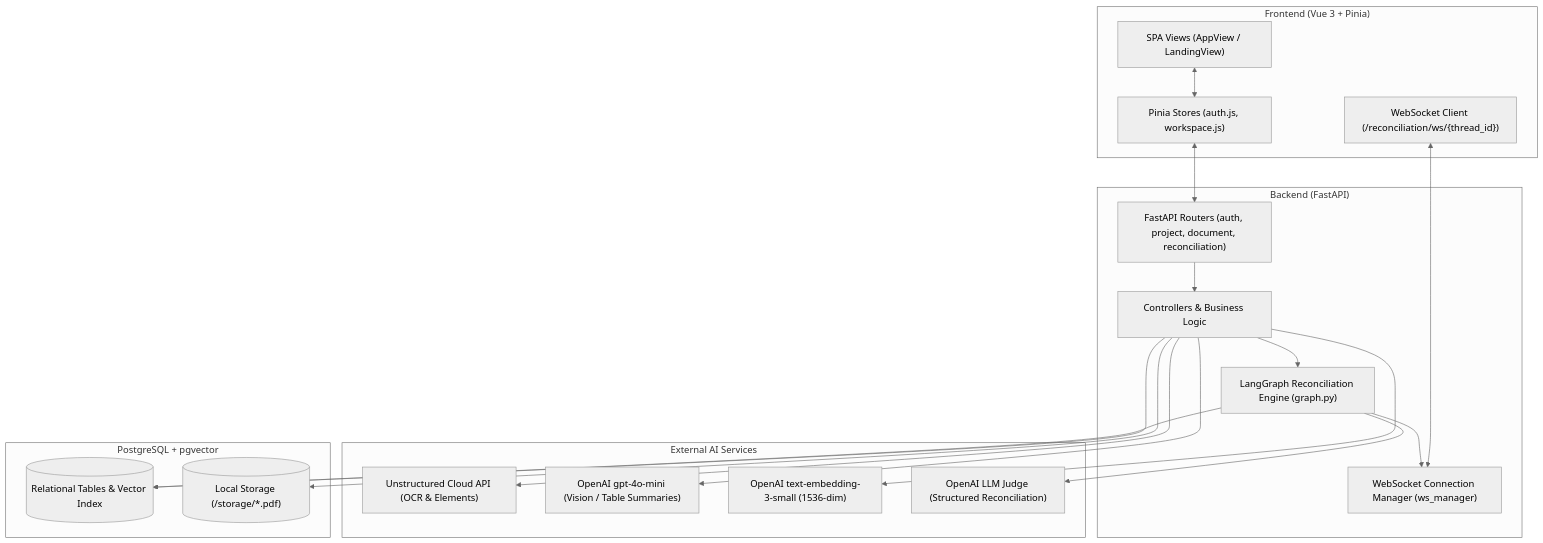
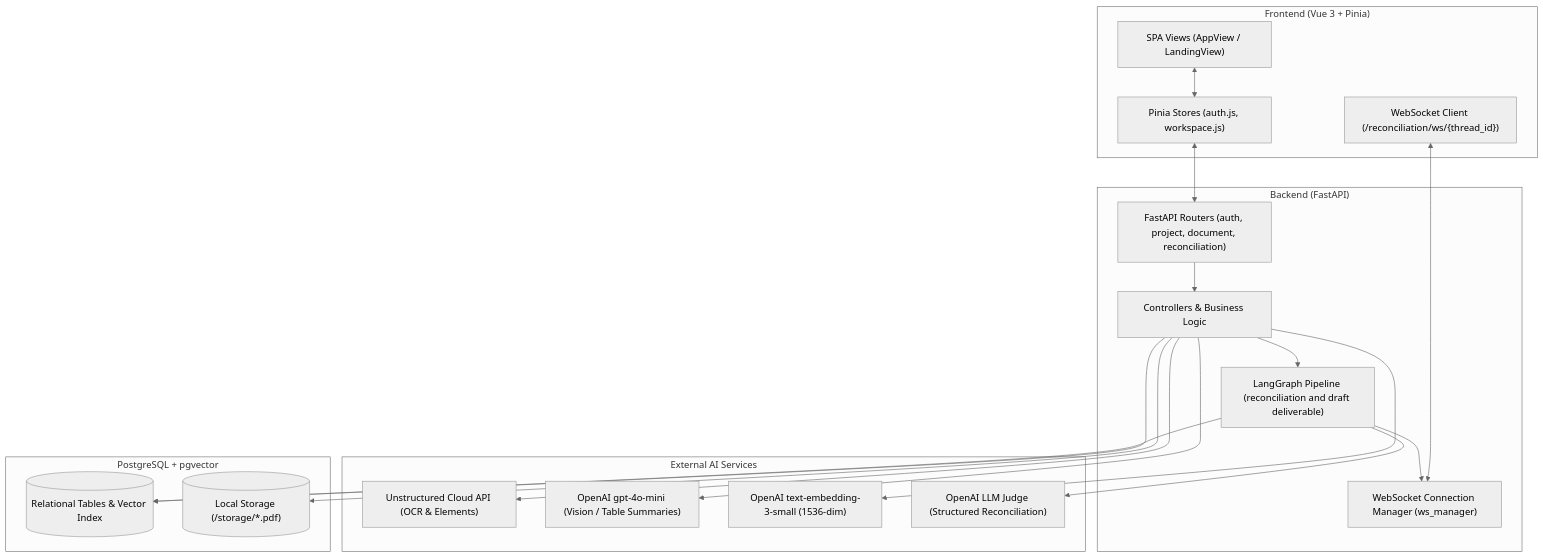
Before and after one commit to obaidaaman/DocuScope: the first of 6 diagrams in DEVELOPER_GUIDE.md, drawn with Mermaid (neutral theme). The commit also changed other lines of this file and 13 other files, not shown here.

````diff
--- a/DEVELOPER_GUIDE.md
+++ b/DEVELOPER_GUIDE.md
@@ -11,42 +11,42 @@
 ```mermaid
 flowchart TD
     subgraph Client["Frontend (Vue 3 + Pinia)"]
         UI["SPA Views (AppView / LandingView)"]
         Store["Pinia Stores (auth.js, workspace.js)"]
         WSClient["WebSocket Client (/reconciliation/ws/{thread_id})"]
     end
 
     subgraph Server["Backend (FastAPI)"]
         Router["FastAPI Routers (auth, project, document, reconciliation)"]
         Controller["Controllers & Business Logic"]
-        LangGraphPipe["LangGraph Reconciliation Engine (graph.py)"]
+        LangGraphPipe["LangGraph Pipeline (reconciliation and draft deliverable)"]
         WSManager["WebSocket Connection Manager (ws_manager)"]
     end
 
     subgraph AI["External AI Services"]
         Unstructured["Unstructured Cloud API (OCR & Elements)"]
         OpenAIVision["OpenAI gpt-4o-mini (Vision / Table Summaries)"]
         OpenAIEmbed["OpenAI text-embedding-3-small (1536-dim)"]
         OpenAIJudge["OpenAI LLM Judge (Structured Reconciliation)"]
     end
 
     subgraph Data["PostgreSQL + pgvector"]
         DB[(Relational Tables & Vector Index)]
         Disk[("Local Storage (/storage/*.pdf)")]
     end
 
     UI <--> Store
     Store <--> Router
     WSClient <--> WSManager
     Router --> Controller
     Controller --> LangGraphPipe
     Controller --> DB
     Controller --> Disk
     LangGraphPipe --> DB
     LangGraphPipe --> WSManager
     LangGraphPipe --> OpenAIJudge
 
     Controller --> Unstructured
     Controller --> OpenAIVision
     Controller --> OpenAIEmbed
 ```
````
